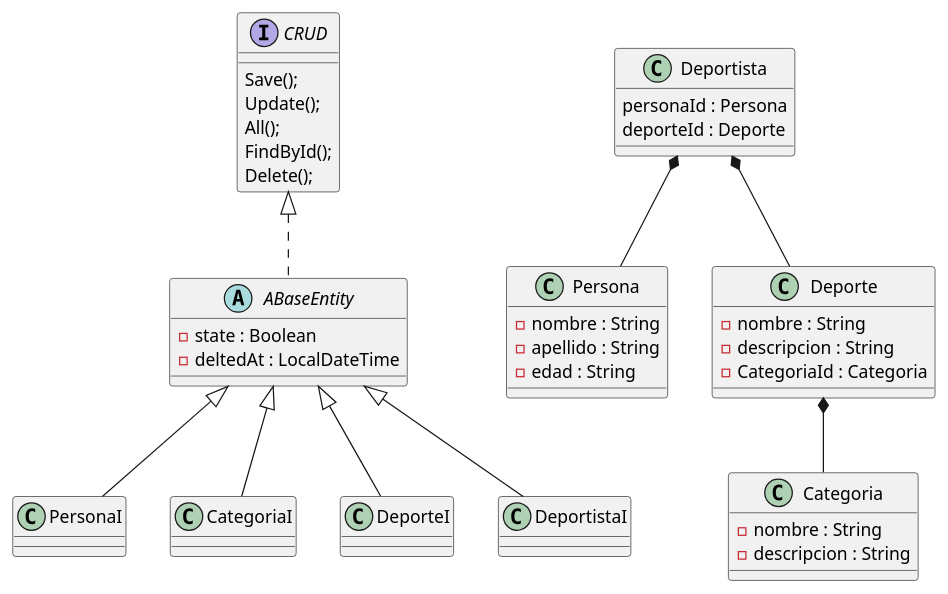
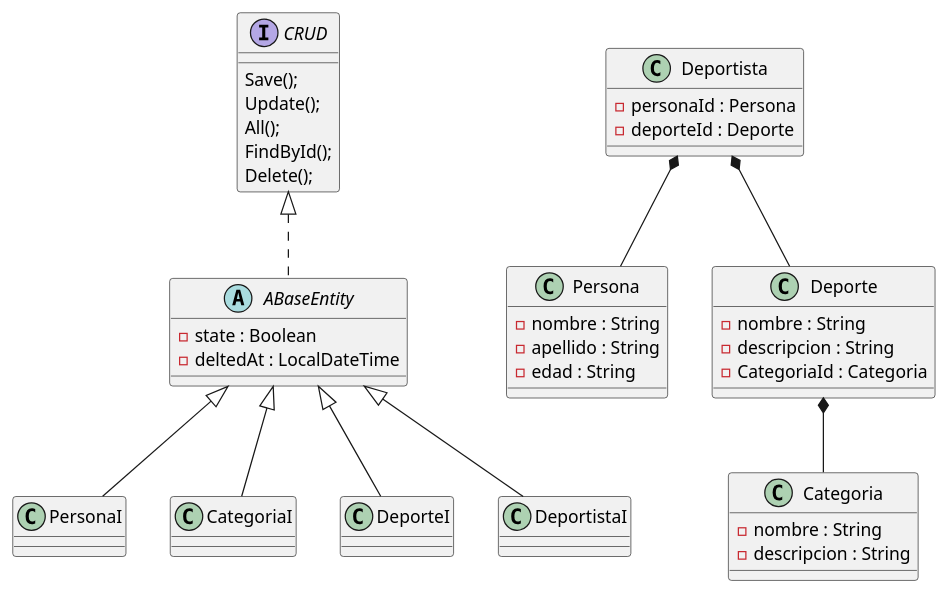
Before and after one commit to code-corhuila/analisis-sistemas-2024-b-g2: the diagram in 12-Semana/tutoria/Ejemplo.wsd, drawn with PlantUML.

Commit message:
Cambios - 2024-12-06

```diff
--- a/12-Semana/tutoria/Ejemplo.wsd
+++ b/12-Semana/tutoria/Ejemplo.wsd
@@ -1,50 +1,50 @@
 @startuml
 
 interface CRUD{
     Save();
     Update();
     All();
     FindById();
     Delete();
 }
 
 abstract class ABaseEntity implements CRUD{
     - state : Boolean
     - deltedAt : LocalDateTime
 }
 
 class PersonaI extends ABaseEntity{}
     
 class CategoriaI extends ABaseEntity{}
 
 class DeporteI extends ABaseEntity{}
 
 class DeportistaI extends ABaseEntity{}
 
 class Persona{
     - nombre : String
     - apellido : String
     - edad : String
 }
     
 class Categoria{
     - nombre : String
     - descripcion : String
 }
 
 class Deporte{
     - nombre : String
     - descripcion : String
     - CategoriaId : Categoria
 }
 
 class Deportista{
-    personaId : Persona
-    deporteId : Deporte
+    - personaId : Persona
+    - deporteId : Deporte
 }
 
 Deportista *-- Persona
 Deporte *--Categoria
 Deportista *-- Deporte
 
 @enduml
```
